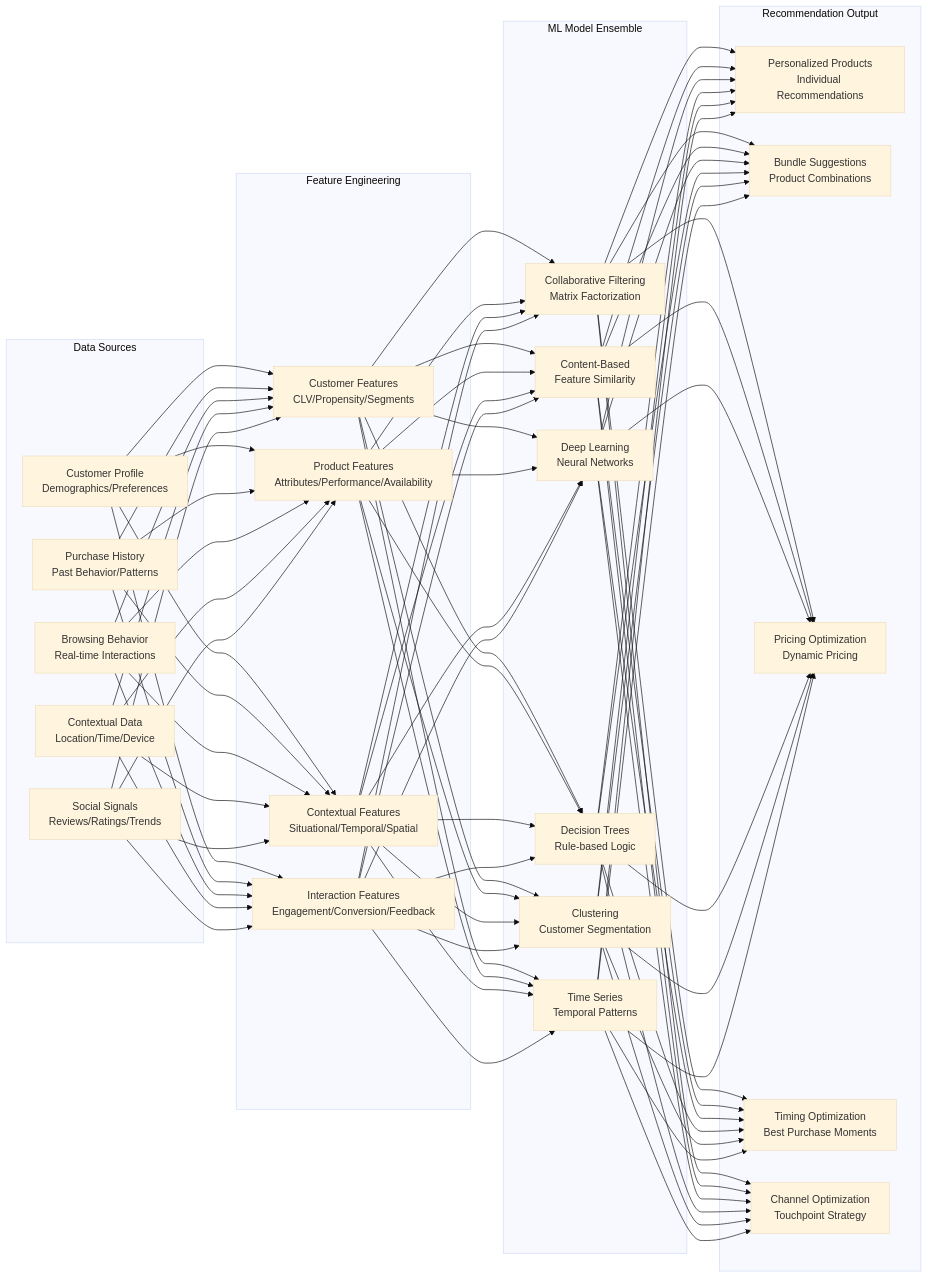
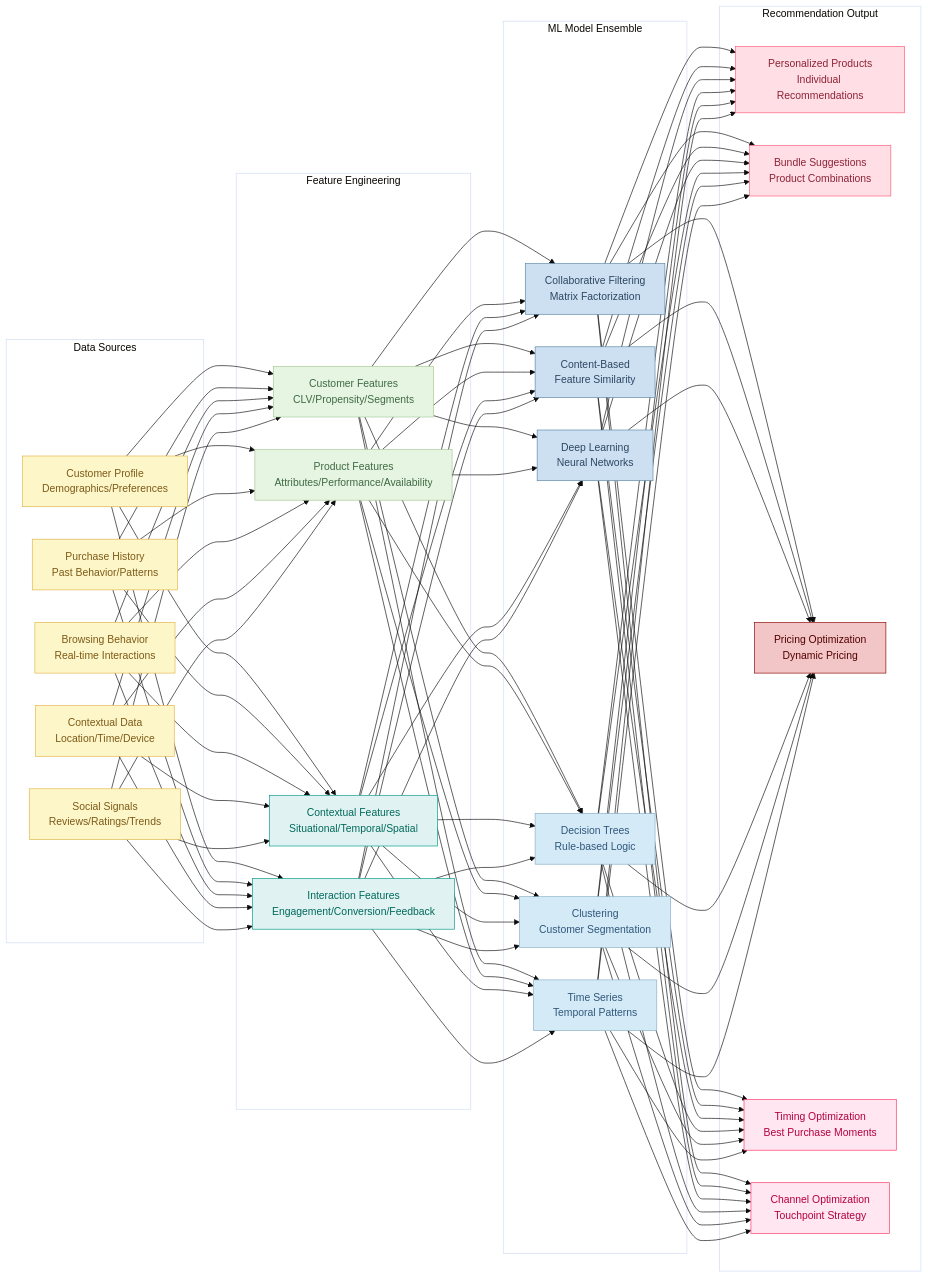
Before and after one commit to suprachakra/Airline-Revenue-Optimization-System: the fourth of 4 diagrams in services/ancillary_service/README.md, drawn with Mermaid (base theme).

````diff
--- a/services/ancillary_service/README.md
+++ b/services/ancillary_service/README.md
@@ -224,38 +224,96 @@
 ```mermaid
-graph LR
-    subgraph "Data Sources"
-        A[Customer Profile<br/>Demographics/Preferences]
-        B[Purchase History<br/>Past Behavior/Patterns]
-        C[Browsing Behavior<br/>Real-time Interactions]
-        D[Contextual Data<br/>Location/Time/Device]
-        E[Social Signals<br/>Reviews/Ratings/Trends]
-    end
-    
-    subgraph "Feature Engineering"
-        F[Customer Features<br/>CLV/Propensity/Segments]
-        G[Product Features<br/>Attributes/Performance/Availability]
-        H[Contextual Features<br/>Situational/Temporal/Spatial]
-        I[Interaction Features<br/>Engagement/Conversion/Feedback]
-    end
-    
-    subgraph "ML Model Ensemble"
-        J[Collaborative Filtering<br/>Matrix Factorization]
-        K[Content-Based<br/>Feature Similarity]
-        L[Deep Learning<br/>Neural Networks]
-        M[Decision Trees<br/>Rule-based Logic]
-        N[Clustering<br/>Customer Segmentation]
-        O[Time Series<br/>Temporal Patterns]
-    end
-    
-    subgraph "Recommendation Output"
-        P[Personalized Products<br/>Individual Recommendations]
-        Q[Bundle Suggestions<br/>Product Combinations]
-        R[Pricing Optimization<br/>Dynamic Pricing]
-        S[Timing Optimization<br/>Best Purchase Moments]
-        T[Channel Optimization<br/>Touchpoint Strategy]
-    end
-    
-    A & B & C & D & E --> F & G & H & I
-    F & G & H & I --> J & K & L & M & N & O
-    J & K & L & M & N & O --> P & Q & R & S & T
+flowchart LR
+ subgraph subGraph0["Data Sources"]
+        A["Customer Profile<br>Demographics/Preferences"]
+        B["Purchase History<br>Past Behavior/Patterns"]
+        C["Browsing Behavior<br>Real-time Interactions"]
+        D["Contextual Data<br>Location/Time/Device"]
+        E["Social Signals<br>Reviews/Ratings/Trends"]
+  end
+ subgraph subGraph1["Feature Engineering"]
+        F["Customer Features<br>CLV/Propensity/Segments"]
+        G["Product Features<br>Attributes/Performance/Availability"]
+        H["Contextual Features<br>Situational/Temporal/Spatial"]
+        I["Interaction Features<br>Engagement/Conversion/Feedback"]
+  end
+ subgraph subGraph2["ML Model Ensemble"]
+        J["Collaborative Filtering<br>Matrix Factorization"]
+        K["Content-Based<br>Feature Similarity"]
+        L["Deep Learning<br>Neural Networks"]
+        M["Decision Trees<br>Rule-based Logic"]
+        N["Clustering<br>Customer Segmentation"]
+        O["Time Series<br>Temporal Patterns"]
+  end
+ subgraph subGraph3["Recommendation Output"]
+        P["Personalized Products<br>Individual Recommendations"]
+        Q["Bundle Suggestions<br>Product Combinations"]
+        R["Pricing Optimization<br>Dynamic Pricing"]
+        S["Timing Optimization<br>Best Purchase Moments"]
+        T["Channel Optimization<br>Touchpoint Strategy"]
+  end
+    A --> F & G & H & I
+    B --> F & G & H & I
+    C --> F & G & H & I
+    D --> F & G & H & I
+    E --> F & G & H & I
+    F --> J & K & L & M & N & O
+    G --> J & K & L & M & N & O
+    H --> J & K & L & M & N & O
+    I --> J & K & L & M & N & O
+    J --> P & Q & R & S & T
+    K --> P & Q & R & S & T
+    L --> P & Q & R & S & T
+    M --> P & Q & R & S & T
+    N --> P & Q & R & S & T
+    O --> P & Q & R & S & T
+
+     A:::VanGoghYellow
+     B:::VanGoghYellow
+     C:::VanGoghYellow
+     D:::VanGoghYellow
+     E:::VanGoghYellow
+     F:::DegasGreen
+     G:::DegasGreen
+     H:::OrozcoTeal
+     I:::OrozcoTeal
+     J:::PicassoBlue
+     K:::PicassoBlue
+     L:::PicassoBlue
+     M:::MonetBlue
+     N:::MonetBlue
+     O:::MonetBlue
+     P:::Rose
+     Q:::Rose
+     R:::PollockChaos
+     S:::WarholPop
+     T:::WarholPop
+    classDef CezannePeach stroke-width:1px, stroke-dasharray:none, stroke:#E2A07D, fill:#FBE7DA, color:#6D4532
+    classDef KlimtGold stroke-width:1px, stroke-dasharray:none, stroke:#D4A017, fill:#FBF2C1, color:#705A16
+    classDef Peach stroke-width:1px, stroke-dasharray:none, stroke:#FBB35A, fill:#FFEFDB, color:#8F632D
+    classDef RenoirPink stroke-width:1px, stroke-dasharray:none, stroke:#E4A0A0, fill:#FBE5E5, color:#7D3E3E
+    classDef HokusaiWave stroke-width:1px, stroke-dasharray:none, stroke:#6188A9, fill:#D4E8F2, color:#2A425D
+    classDef OkeeffeSunset stroke-width:1px, stroke-dasharray:none, stroke:#FF9933, fill:#FFF2E6, color:#CC6600
+    classDef MondrianRed stroke-width:1px, stroke-dasharray:none, stroke:#CC0000, fill:#FFCCCC, color:#990000
+    classDef TurnerMist stroke-width:1px, stroke-dasharray:none, stroke:#B8C4D1, fill:#EAF2F8, color:#4A5B6F
+    classDef GoldFoil stroke-width:1px, stroke-dasharray:none, stroke:#C5941B, fill:#F7EBD8, color:#C5941B
+    classDef Sky stroke-width:1px, stroke-dasharray:none, stroke:#374D7C, fill:#E2EBFF, color:#374D7C
+    classDef MiroTeal stroke-width:1px, stroke-dasharray:none, stroke:#008080, fill:#B2DFDB, color:#005757
+    classDef Aqua stroke-width:1px, stroke-dasharray:none, stroke:#46EDC8, fill:#DEFFF8, color:#378E7A
+    classDef MatisseLavender stroke-width:1px, stroke-dasharray:none, stroke:#B39DBC, fill:#ECE3F5, color:#4E3A5E
+    classDef HockWaveBlue stroke-width:1px, stroke-dasharray:none, stroke:#1976D2, fill:#BBDEFB, color:#0D47A1
+    classDef Ash stroke-width:1px, stroke-dasharray:none, stroke:#999999, fill:#EEEEEE, color:#000000
+    classDef MatisseCoral stroke-width:1px, stroke-dasharray:none, stroke:#FF7043, fill:#FFE0B2, color:#BF360C
+    classDef Pine stroke-width:1px, stroke-dasharray:none, stroke:#254336, fill:#27654A, color:#FFFFFF
+    classDef VanGoghYellow stroke-width:1px, stroke-dasharray:none, stroke:#E3B448, fill:#FDF6C9, color:#7D5A17
+    classDef DegasGreen stroke-width:1px, stroke-dasharray:none, stroke:#A7C796, fill:#E6F4E2, color:#3E6A42
+    classDef OrozcoTeal stroke-width:1px, stroke-dasharray:none, stroke:#009688, fill:#E0F2F1, color:#00695C
+    classDef PicassoBlue stroke-width:1px, stroke-dasharray:none, stroke:#5A84A2, fill:#CDE0F2, color:#2D4661
+    classDef MonetBlue stroke-width:1px, stroke-dasharray:none, stroke:#87AFC7, fill:#D4EAF7, color:#30577B
+    classDef Rose stroke-width:1px, stroke-dasharray:none, stroke:#FF5978, fill:#FFDFE5, color:#8E2236
+    classDef WarholPop stroke-width:1px, stroke-dasharray:none, stroke:#FF3366, fill:#FFE6F0, color:#B3003E
+    classDef PollockChaos stroke-width:1px, stroke-dasharray:none, stroke:#8A0303, fill:#F2C6C6, color:#520000
+    style subGraph0 fill:transparent
+    style subGraph1 fill:transparent
+    style subGraph2 fill:transparent
+    style subGraph3 fill:transparent
 ```
````
